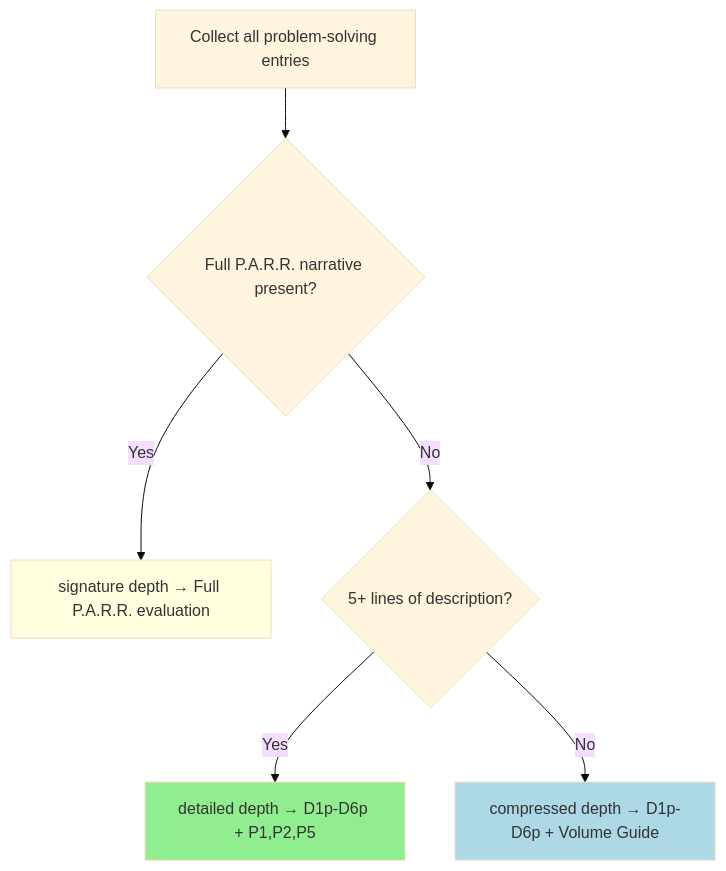
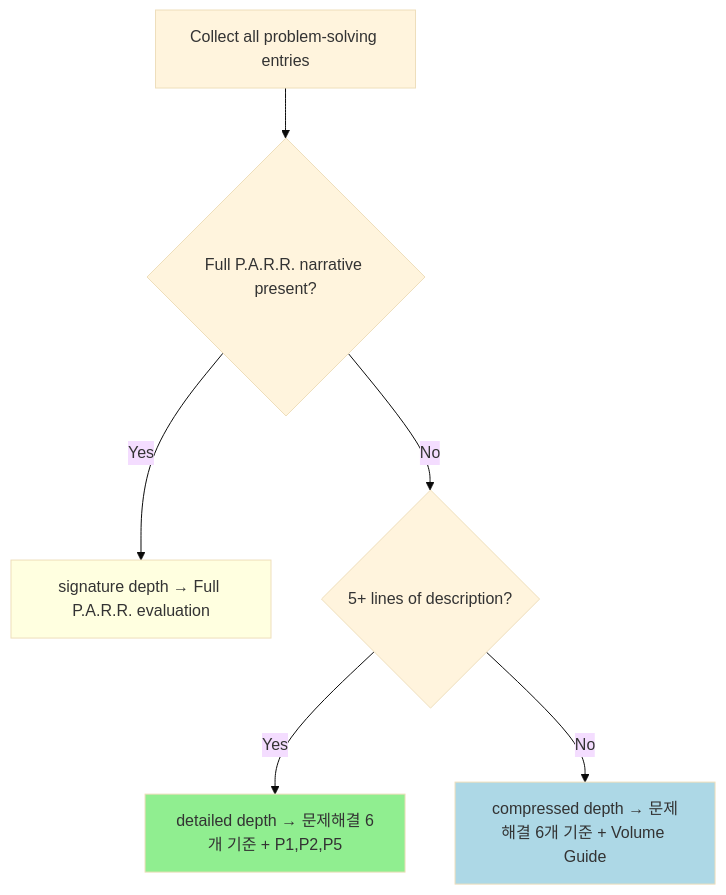
One commit to toongri/oh-my-toong-playground changed the second of 2 diagrams in projects/resume-manage/skills/review-resume/SKILL.md. Above: the diagram before and after it, drawn with Mermaid (base theme). The commit also changed other lines of this file and 5 other files, not shown here.

````diff
--- a/projects/resume-manage/skills/review-resume/SKILL.md
+++ b/projects/resume-manage/skills/review-resume/SKILL.md
@@ -265,12 +265,12 @@
 ```mermaid
 flowchart TB
     A[Collect all problem-solving entries] --> B{Full P.A.R.R. narrative present?}
     B -->|Yes| C[signature depth → Full P.A.R.R. evaluation]
     B -->|No| D{5+ lines of description?}
-    D -->|Yes| E[detailed depth → D1p-D6p + P1,P2,P5]
-    D -->|No| F[compressed depth → D1p-D6p + Volume Guide]
+    D -->|Yes| E[detailed depth → 문제해결 6개 기준 + P1,P2,P5]
+    D -->|No| F[compressed depth → 문제해결 6개 기준 + Volume Guide]
 
     style C fill:lightyellow
     style E fill:lightgreen
     style F fill:lightblue
 ```
````
